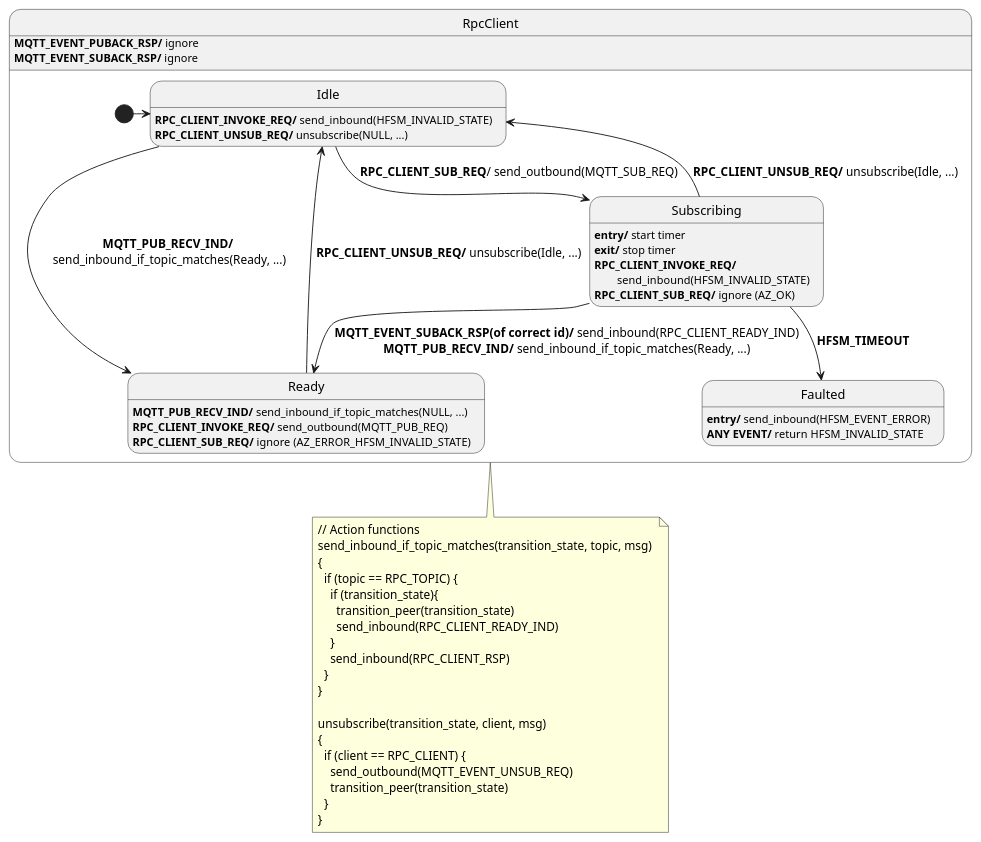
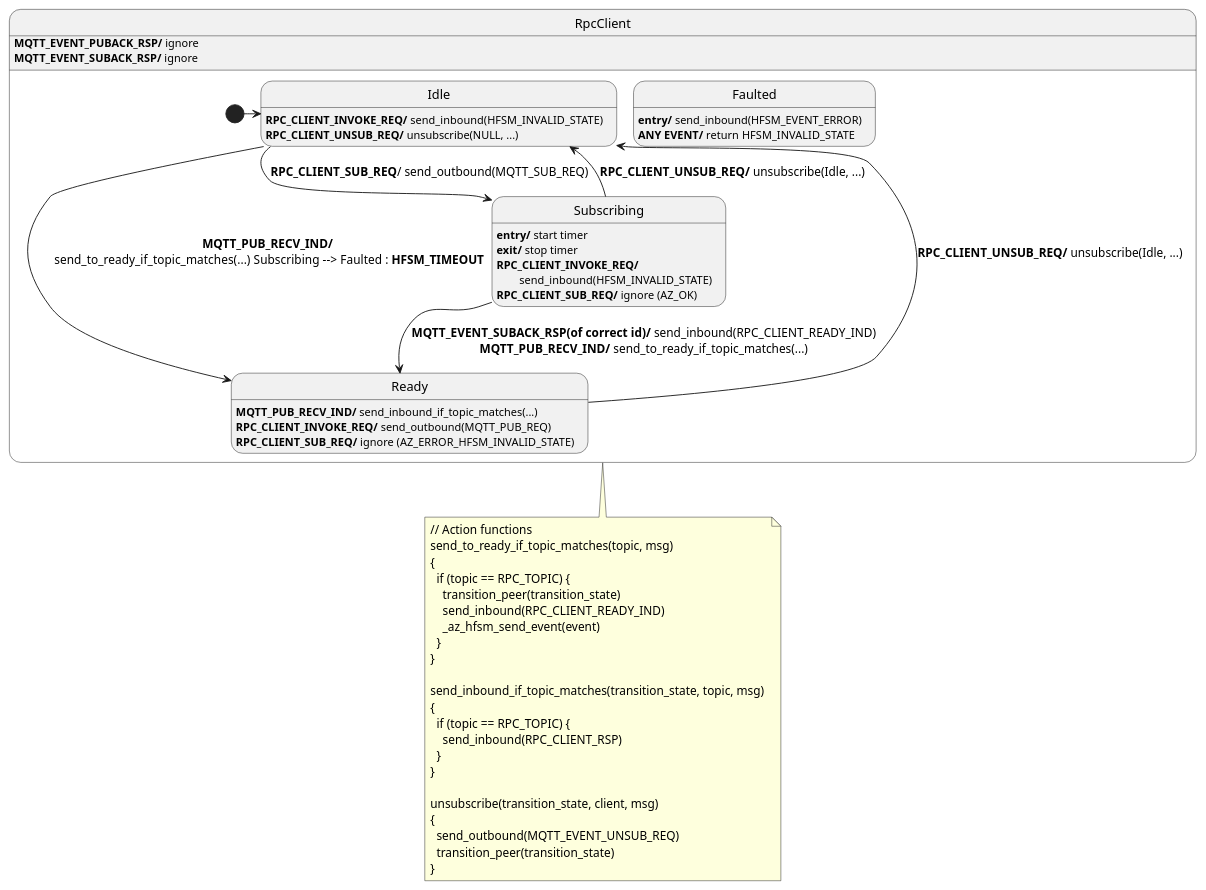
Before and after one commit to Azure/azure-sdk-for-c: the diagram in sdk/docs/core/rpc_client.puml, drawn with PlantUML. The commit also changed 1 other file, not shown here.

Commit message:
move all incoming pub recv processing to Ready

```diff
--- a/sdk/docs/core/rpc_client.puml
+++ b/sdk/docs/core/rpc_client.puml
@@ -1,62 +1,64 @@
 @startuml
 ' ignore these as handled outside of this diagram: MQTT_EVENT_CONNECT_REQ, MQTT_EVENT_CONNECT_RSP, MQTT_EVENT_DISCONNECT_REQ, MQTT_EVENT_DISCONNECT_RSP
 ' Assumptions:
 ' 0. Unknown events are forwarded (in their original direction, either inbound or outbound).
 ' 1. If RPC_CLIENT_READY_IND hasn't already been sent, RPC_CLIENT_SUB_REQ is guaranteed to respond with either RPC_CLIENT_READY_IND, or HFSM_EVENT_ERROR if the subscribe request timed out.
 ' 2. RPC_CLIENT_READY_IND will not be sent more than once unless the client unsubscribes or gets disconnected
 ' 3. RPC_CLIENT_INVOKE_REQ is guaranteed to respond with MQTT_EVENT_PUBACK_RSP if the API call succeeds (?)
 ' 4. send_inbound, send_outbound are used to send information to the app and network respectively.
 
 state RpcClient {
   state Idle
   Idle : <b>RPC_CLIENT_INVOKE_REQ/</b> send_inbound(HFSM_INVALID_STATE)
   Idle : <b>RPC_CLIENT_UNSUB_REQ/</b> unsubscribe(NULL, ...)
 
   state Faulted
   Faulted : <b>entry/</b> send_inbound(HFSM_EVENT_ERROR)
   Faulted : <b>ANY EVENT/</b> return HFSM_INVALID_STATE
     
   state Subscribing
   Subscribing : <b>entry/</b> start timer
   Subscribing : <b>exit/</b> stop timer
   Subscribing : <b>RPC_CLIENT_INVOKE_REQ/</b>\n\tsend_inbound(HFSM_INVALID_STATE)
   Subscribing : <b>RPC_CLIENT_SUB_REQ/</b> ignore (AZ_OK) 
   
   state Ready
-  Ready : <b>MQTT_PUB_RECV_IND/</b> send_inbound_if_topic_matches(NULL, ...)
+  Ready : <b>MQTT_PUB_RECV_IND/</b> send_inbound_if_topic_matches(...)
   Ready : <b>RPC_CLIENT_INVOKE_REQ/</b> send_outbound(MQTT_PUB_REQ)
   Ready : <b>RPC_CLIENT_SUB_REQ/</b> ignore (AZ_ERROR_HFSM_INVALID_STATE)
 
   [*] -> Idle
   Idle --> Subscribing : <b>RPC_CLIENT_SUB_REQ</b>/ send_outbound(MQTT_SUB_REQ)
-  Idle -> Ready : <b>MQTT_PUB_RECV_IND/</b>\n send_inbound_if_topic_matches(Ready, ...)
-  Subscribing --> Faulted : <b>HFSM_TIMEOUT</b>
-  Subscribing --> Ready : <b>MQTT_EVENT_SUBACK_RSP(of correct id)/</b> send_inbound(RPC_CLIENT_READY_IND)\n<b>MQTT_PUB_RECV_IND/</b> send_inbound_if_topic_matches(Ready, ...)
+  Idle -> Ready : <b>MQTT_PUB_RECV_IND/</b>\n send_to_ready_if_topic_matches(...)  Subscribing --> Faulted : <b>HFSM_TIMEOUT</b>
+  Subscribing --> Ready : <b>MQTT_EVENT_SUBACK_RSP(of correct id)/</b> send_inbound(RPC_CLIENT_READY_IND)\n<b>MQTT_PUB_RECV_IND/</b> send_to_ready_if_topic_matches(...)
   Ready --> Idle : <b>RPC_CLIENT_UNSUB_REQ/</b> unsubscribe(Idle, ...)
   Subscribing --> Idle : <b>RPC_CLIENT_UNSUB_REQ/</b> unsubscribe(Idle, ...)
 
 }
 RpcClient : <b>MQTT_EVENT_PUBACK_RSP/</b> ignore
 RpcClient : <b>MQTT_EVENT_SUBACK_RSP/</b> ignore
 note bottom of RpcClient
   // Action functions
+  send_to_ready_if_topic_matches(topic, msg) 
+  {
+    if (topic == RPC_TOPIC) {
+      transition_peer(transition_state)
+      send_inbound(RPC_CLIENT_READY_IND)
+      _az_hfsm_send_event(event)
+    }
+  }
+
   send_inbound_if_topic_matches(transition_state, topic, msg) 
   {
     if (topic == RPC_TOPIC) {
-      if (transition_state){
-        transition_peer(transition_state)
-        send_inbound(RPC_CLIENT_READY_IND)
-      }
       send_inbound(RPC_CLIENT_RSP)
     }
   }
 
   unsubscribe(transition_state, client, msg) 
   {
-    if (client == RPC_CLIENT) {
-      send_outbound(MQTT_EVENT_UNSUB_REQ)
-      transition_peer(transition_state)
-    }
+    send_outbound(MQTT_EVENT_UNSUB_REQ)
+    transition_peer(transition_state)
   }
 end note
 @enduml
```
